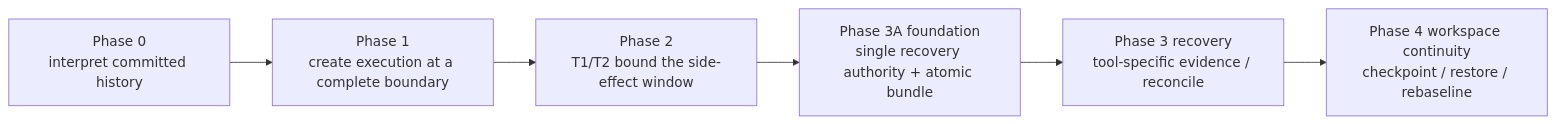
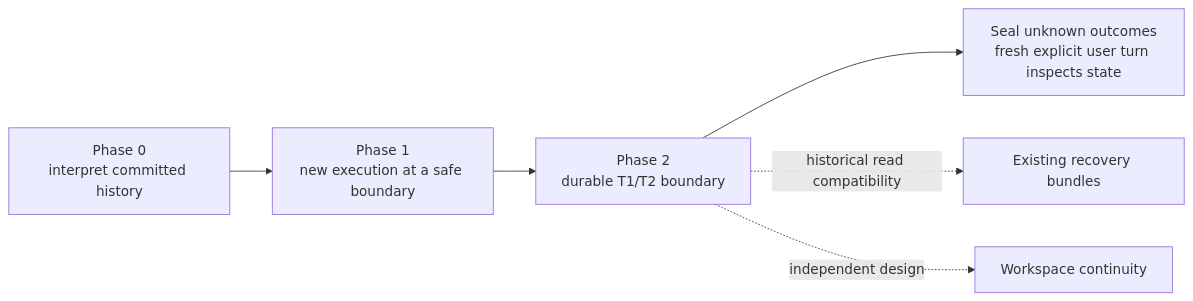
The second of 10 diagrams in docs/architecture/runtime-resume-architecture.md (apache/maka), drawn with Mermaid before and after one commit. The commit also changed other lines of this file and 30 other files, not shown here.

````diff
--- a/docs/architecture/runtime-resume-architecture.md
+++ b/docs/architecture/runtime-resume-architecture.md
@@ -155,8 +155,8 @@
 ```mermaid
 flowchart LR
-  P0["Phase 0<br/>interpret committed history"] --> P1["Phase 1<br/>create execution at a complete boundary"]
-  P1 --> P2["Phase 2<br/>T1/T2 bound the side-effect window"]
-  P2 --> P3A["Phase 3A foundation<br/>single recovery authority + atomic bundle"]
-  P3A --> P3["Phase 3 recovery<br/>tool-specific evidence / reconcile"]
-  P3 --> P4["Phase 4 workspace continuity<br/>checkpoint / restore / rebaseline"]
+  P0["Phase 0<br/>interpret committed history"] --> P1["Phase 1<br/>new execution at a safe boundary"]
+  P1 --> P2["Phase 2<br/>durable T1/T2 boundary"]
+  P2 --> Unknown["Seal unknown outcomes<br/>fresh explicit user turn inspects state"]
+  P2 -. "historical read compatibility" .-> Legacy["Existing recovery bundles"]
+  P2 -. "independent design" .-> P4["Workspace continuity"]
 ```
````
